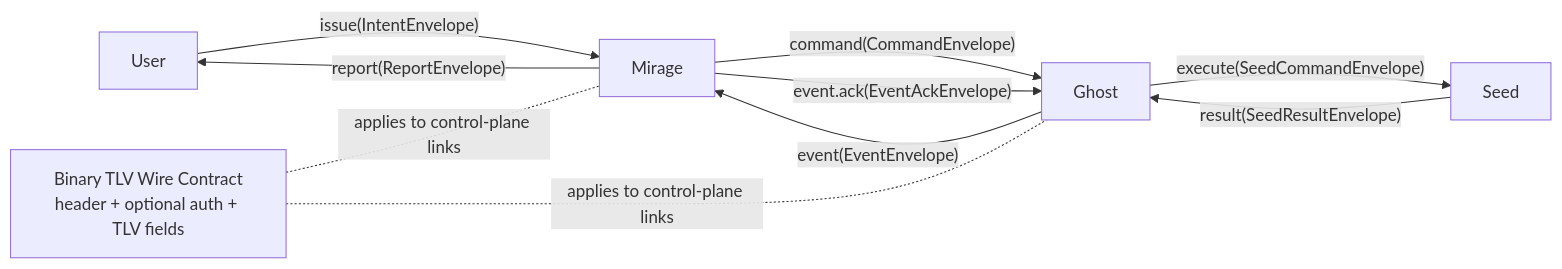
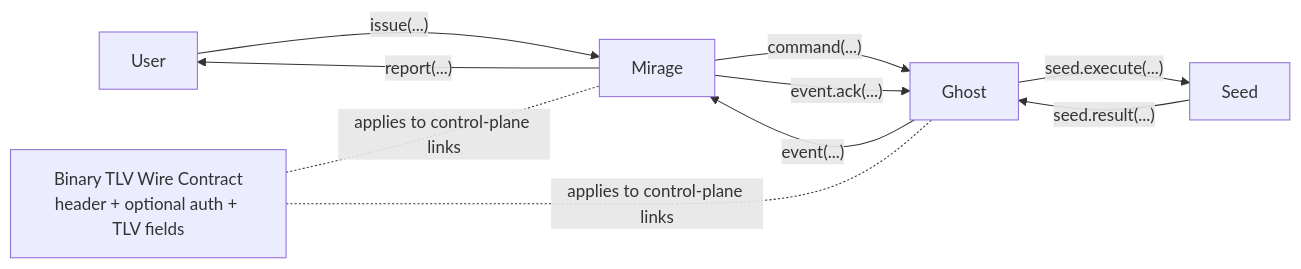
The diagram in docs/architecture/models/proto_interface_boundary.mmd (danmuck/edgectl), drawn with Mermaid before and after one commit. The commit also changed 25 other files, not shown here.

```diff
--- a/docs/architecture/models/proto_interface_boundary.mmd
+++ b/docs/architecture/models/proto_interface_boundary.mmd
@@ -1,19 +1,19 @@
 flowchart LR
     U["User"]
     M["Mirage"]
     G["Ghost"]
     S["Seed"]
 
-    U -->|"issue(IntentEnvelope)"| M
-    M -->|"report(ReportEnvelope)"| U
+    U -->|"issue(...)"| M
+    M -->|"report(...)"| U
 
-    M -->|"command(CommandEnvelope)"| G
-    G -->|"event(EventEnvelope)"| M
-    M -->|"event.ack(EventAckEnvelope)"| G
+    M -->|"command(...)"| G
+    G -->|"event(...)"| M
+    M -->|"event.ack(...)"| G
 
-    G -->|"execute(SeedCommandEnvelope)"| S
-    S -->|"result(SeedResultEnvelope)"| G
+    G -->|"seed.execute(...)"| S
+    S -->|"seed.result(...)"| G
 
     P["Binary TLV Wire Contract<br/>header + optional auth + TLV fields"]
     P -. "applies to control-plane links" .- M
     P -. "applies to control-plane links" .- G
```
